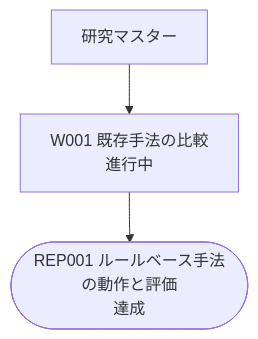
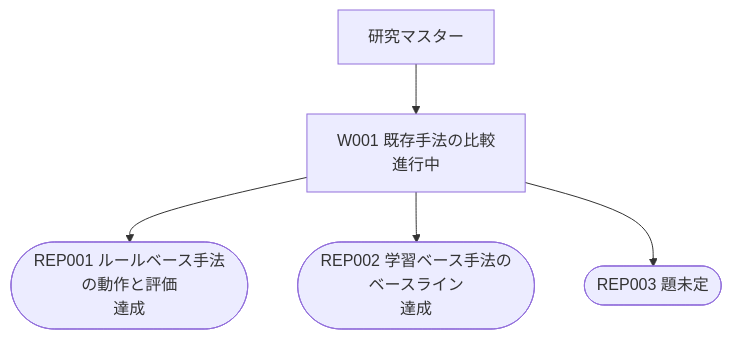
One commit to yayoten/AuctionNet changed the diagram in research/flow.md. Above: the diagram before and after it, drawn with Mermaid. The commit also changed other lines of this file and 2422 other files, not shown here.

First line of the commit message:
add : W001/REP002 の結果（486 run を DB/runs に）、集計・図・報告PDF、MASTER.md・flow.md の更新

````diff
--- a/research/flow.md
+++ b/research/flow.md
@@ -15,8 +18,12 @@
 ```mermaid
 graph TD
   ROOT[研究マスター]
   W001["W001 既存手法の比較<br/>進行中"]
   ROOT --> W001
   REP001(["REP001 ルールベース手法の動作と評価<br/>達成"])
   W001 --> REP001
+  REP002(["REP002 学習ベース手法のベースライン<br/>達成"])
+  W001 --> REP002
+  REP003(["REP003 題未定"])
+  W001 --> REP003
 ```
````
